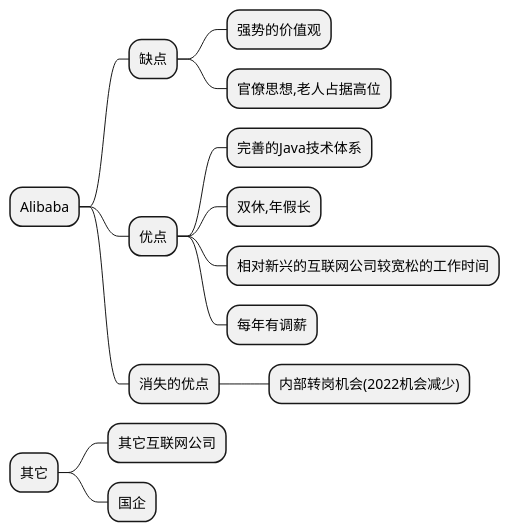
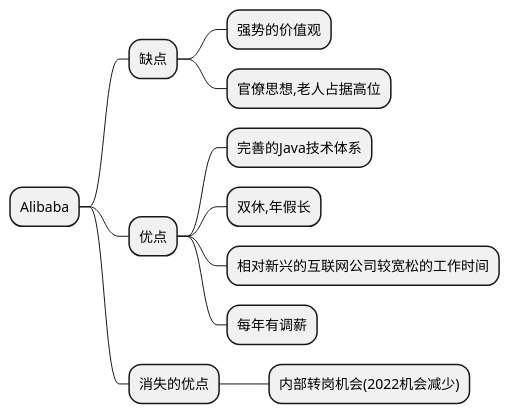
One commit to Huang2070/alpha-centauri-c changed the diagram in E·创作/思考/alibaba.plantuml. Above: the diagram before and after it, drawn with PlantUML. The commit also changed 7 other files, not shown here.

```diff
--- a/E·创作/思考/alibaba.plantuml
+++ b/E·创作/思考/alibaba.plantuml
@@ -1,25 +1,17 @@
-@startmindmap 中国
+@startmindmap alibaba
 * Alibaba
 ** 缺点
 *** 强势的价值观
 *** 官僚思想,老人占据高位
 
 
 ** 优点
 *** 完善的Java技术体系
 *** 双休,年假长
 *** 相对新兴的互联网公司较宽松的工作时间
 *** 每年有调薪
 
 ** 消失的优点
 *** 内部转岗机会(2022机会减少)
 
-
-* 其它
-** 其它互联网公司
-
-
-** 国企
-
-
 @endmindmap
```
